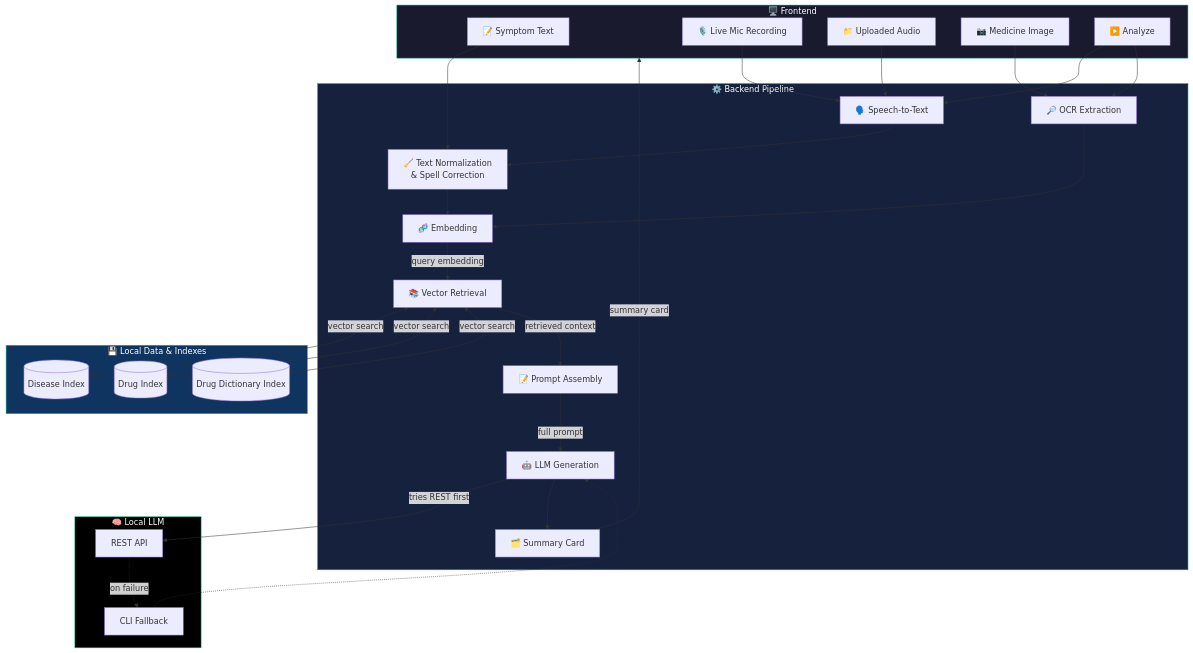
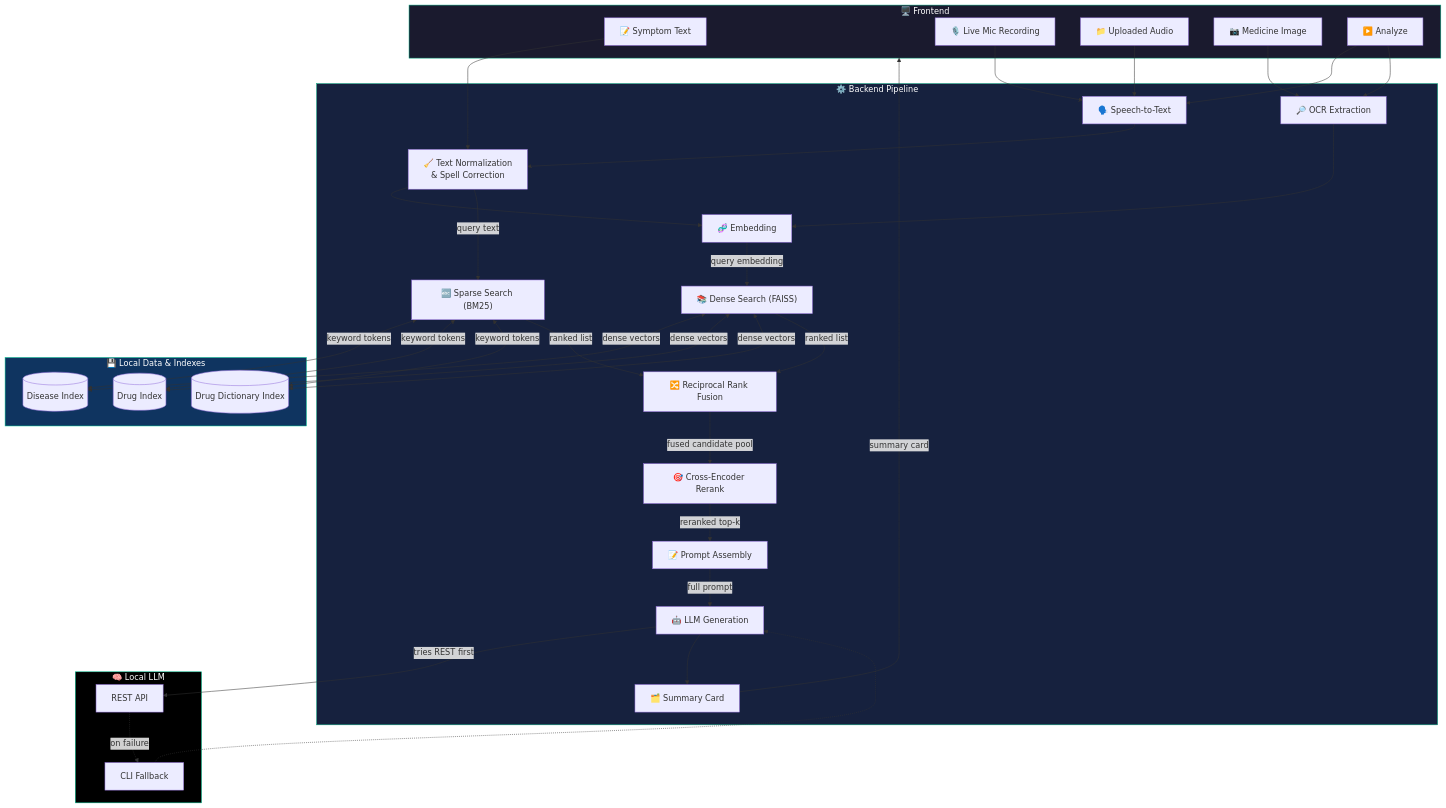
Before and after one commit to djcode0718/MediscanAI: the first of 4 diagrams in README.md, drawn with Mermaid. The commit also changed other lines of this file, not shown here.

Commit message:
feat: implement hybrid search pipeline with BM25, RRF, and Cross-Encoder reranking and update frontend to React/Vite

````diff
--- a/README.md
+++ b/README.md
@@ -63,58 +90,68 @@
 ```mermaid
 flowchart TB
     subgraph Client["🖥️ Frontend"]
         A1["📝 Symptom Text"]
         A2["🎙️ Live Mic Recording"]
         A3["📁 Uploaded Audio"]
         A4["📷 Medicine Image"]
         A5["▶️ Analyze"]
     end
 
     subgraph Backend["⚙️ Backend Pipeline"]
         B1["🗣️ Speech-to-Text"]
         B2["🔎 OCR Extraction"]
         B3["🧹 Text Normalization\n& Spell Correction"]
         B4["🧬 Embedding"]
-        B5["📚 Vector Retrieval"]
+        B5a["📚 Dense Search (FAISS)"]
+        B5b["🔤 Sparse Search (BM25)"]
+        B5c["🔀 Reciprocal Rank Fusion"]
+        B5d["🎯 Cross-Encoder Rerank"]
         B6["📝 Prompt Assembly"]
         B7["🤖 LLM Generation"]
         B8["🗂️ Summary Card"]
     end
 
     subgraph Store["💾 Local Data & Indexes"]
         D1[("Disease Index")]
         D2[("Drug Index")]
         D3[("Drug Dictionary Index")]
     end
 
     subgraph LLM["🧠 Local LLM"]
         L1["REST API"]
         L2["CLI Fallback"]
     end
 
     A2 --> B1
     A3 --> B1
     A4 --> B2
     A1 --> B3
     B1 --> B3
     B2 --> B4
     B3 --> B4
-    B4 -->|"query embedding"| B5
-    B5 <-->|"vector search"| D1
-    B5 <-->|"vector search"| D2
-    B5 <-->|"vector search"| D3
-    B5 -->|"retrieved context"| B6
+    B4 -->|"query embedding"| B5a
+    B3 -->|"query text"| B5b
+    B5a <-->|"dense vectors"| D1
+    B5a <-->|"dense vectors"| D2
+    B5a <-->|"dense vectors"| D3
+    B5b <-->|"keyword tokens"| D1
+    B5b <-->|"keyword tokens"| D2
+    B5b <-->|"keyword tokens"| D3
+    B5a -->|"ranked list"| B5c
+    B5b -->|"ranked list"| B5c
+    B5c -->|"fused candidate pool"| B5d
+    B5d -->|"reranked top-k"| B6
     B6 -->|"full prompt"| B7
     B7 -->|"tries REST first"| L1
     L1 -.->|"on failure"| L2
     L2 -.-> B7
     B7 --> B8
     A5 --> B1
     A5 --> B2
     B8 -->|"summary card"| Client
 
     style Client fill:#1a1a2e,stroke:#00A67E,color:#fff
     style Backend fill:#16213e,stroke:#00A67E,color:#fff
     style Store fill:#0f3460,stroke:#00C896,color:#fff
     style LLM fill:#000000,stroke:#00C896,color:#fff
 ```
````
